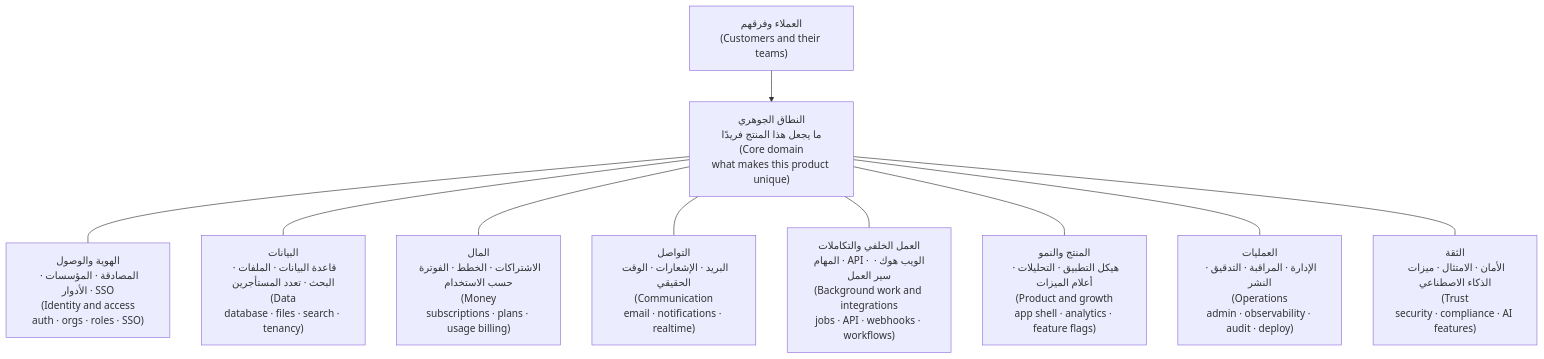
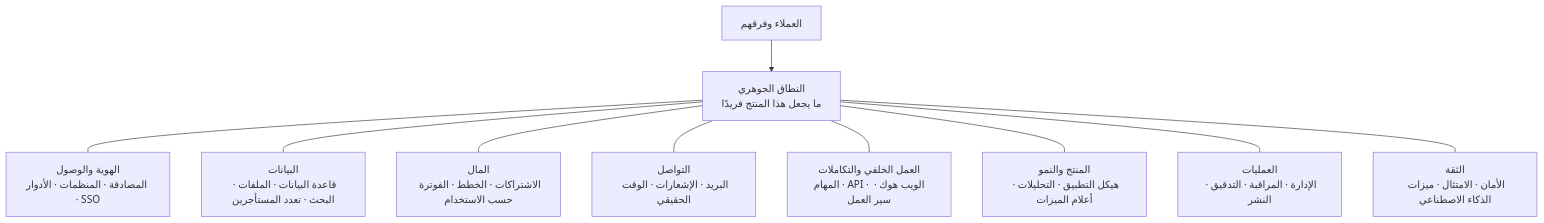
One commit to Tamoura/system-design-for-vibe-coders changed the first of 4 diagrams in saas/modules/00-orientation.ar.md. Above: the diagram before and after it, drawn with Mermaid. The commit also changed other lines of this file and 551 other files, not shown here.

````diff
--- a/saas/modules/00-orientation.ar.md
+++ b/saas/modules/00-orientation.ar.md
@@ -43,12 +43,12 @@
 ```mermaid
 flowchart TD
-    U["العملاء وفرقهم<br/>(Customers and their teams)"] --> CORE["النطاق الجوهري<br/>ما يجعل هذا المنتج فريدًا<br/>(Core domain<br/>what makes this product unique)"]
-    CORE --- ID["الهوية والوصول<br/>المصادقة · المؤسسات · الأدوار · SSO<br/>(Identity and access<br/>auth · orgs · roles · SSO)"]
-    CORE --- DATA["البيانات<br/>قاعدة البيانات · الملفات · البحث · تعدد المستأجرين<br/>(Data<br/>database · files · search · tenancy)"]
-    CORE --- MONEY["المال<br/>الاشتراكات · الخطط · الفوترة حسب الاستخدام<br/>(Money<br/>subscriptions · plans · usage billing)"]
-    CORE --- COMMS["التواصل<br/>البريد · الإشعارات · الوقت الحقيقي<br/>(Communication<br/>email · notifications · realtime)"]
-    CORE --- BG["العمل الخلفي والتكاملات<br/>المهام · API · الويب هوك · سير العمل<br/>(Background work and integrations<br/>jobs · API · webhooks · workflows)"]
-    CORE --- GROW["المنتج والنمو<br/>هيكل التطبيق · التحليلات · أعلام الميزات<br/>(Product and growth<br/>app shell · analytics · feature flags)"]
-    CORE --- OPS["العمليات<br/>الإدارة · المراقبة · التدقيق · النشر<br/>(Operations<br/>admin · observability · audit · deploy)"]
-    CORE --- TRUST["الثقة<br/>الأمان · الامتثال · ميزات الذكاء الاصطناعي<br/>(Trust<br/>security · compliance · AI features)"]
+    U["العملاء وفرقهم"] --> CORE["النطاق الجوهري<br/>ما يجعل هذا المنتج فريدًا"]
+    CORE --- ID["الهوية والوصول<br/>المصادقة · المنظمات · الأدوار · SSO"]
+    CORE --- DATA["البيانات<br/>قاعدة البيانات · الملفات · البحث · تعدد المستأجرين"]
+    CORE --- MONEY["المال<br/>الاشتراكات · الخطط · الفوترة حسب الاستخدام"]
+    CORE --- COMMS["التواصل<br/>البريد · الإشعارات · الوقت الحقيقي"]
+    CORE --- BG["العمل الخلفي والتكاملات<br/>المهام · API · الويب هوك · سير العمل"]
+    CORE --- GROW["المنتج والنمو<br/>هيكل التطبيق · التحليلات · أعلام الميزات"]
+    CORE --- OPS["العمليات<br/>الإدارة · المراقبة · التدقيق · النشر"]
+    CORE --- TRUST["الثقة<br/>الأمان · الامتثال · ميزات الذكاء الاصطناعي"]
 ```
````
